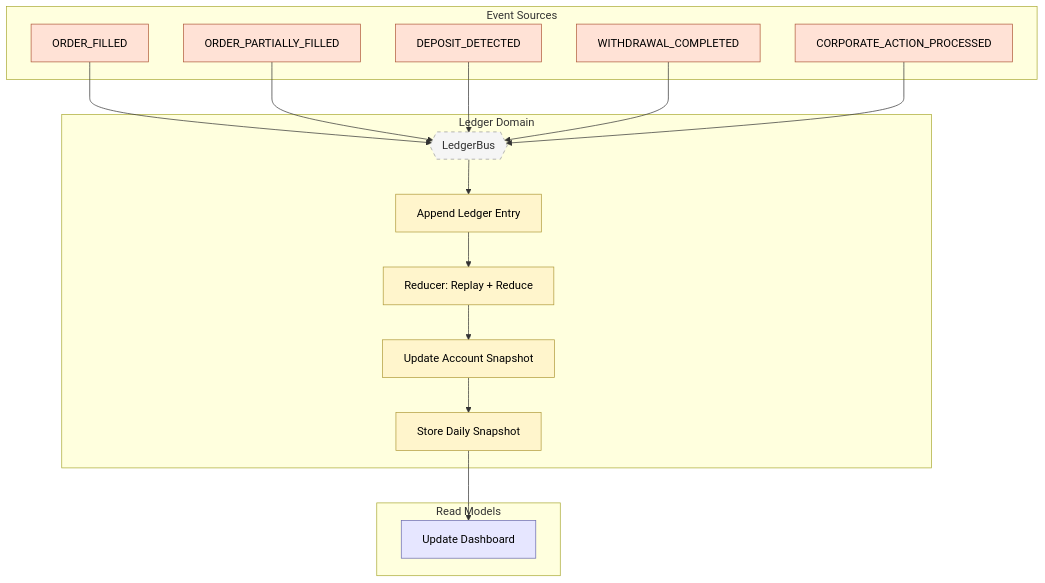
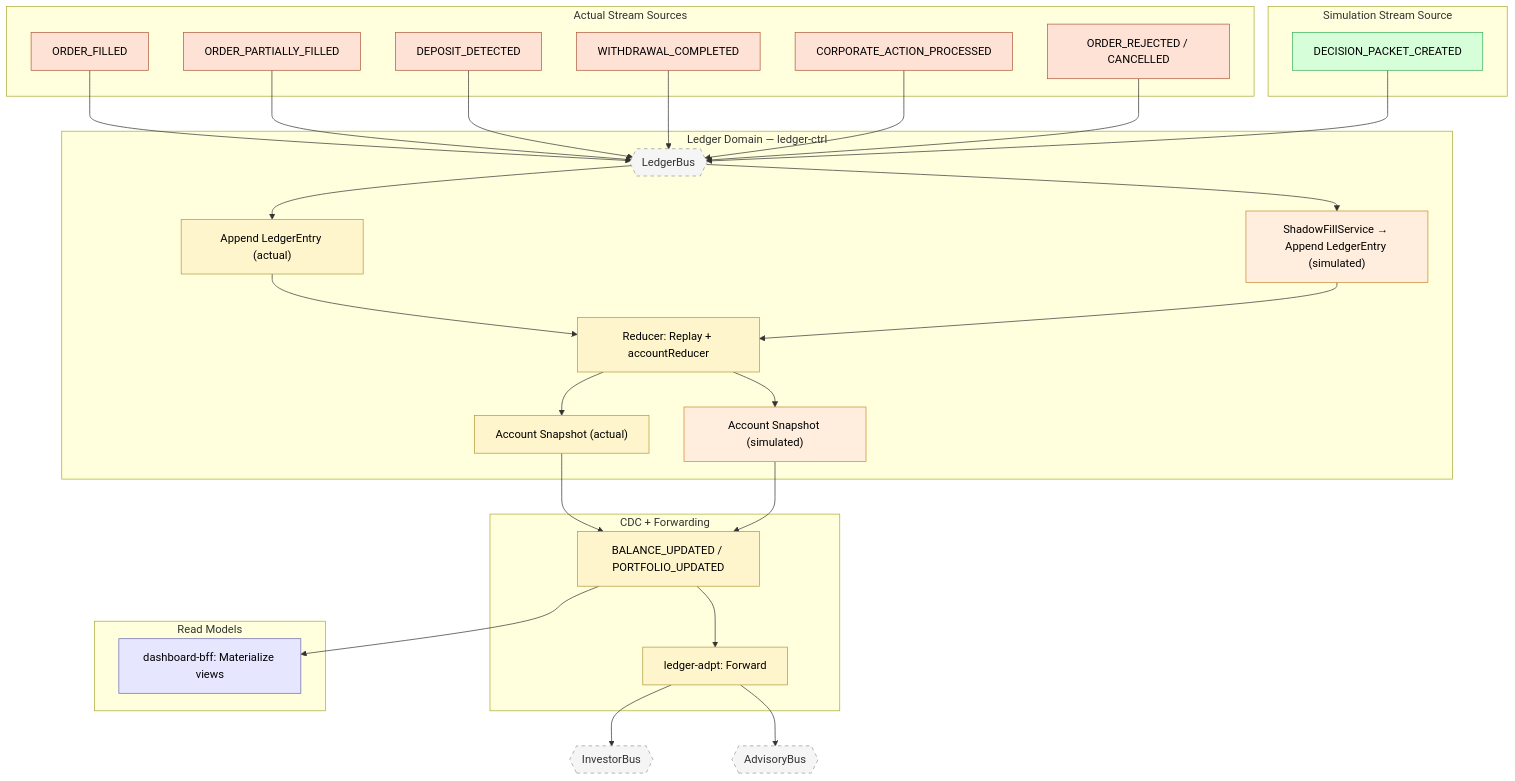
The diagram in docs/data-flows/09-order-ledger.md (fabio-vitali/nestfolio), drawn with Mermaid before and after one commit. The commit also changed other lines of this file and 165 other files, not shown here.

````diff
--- a/docs/data-flows/09-order-ledger.md
+++ b/docs/data-flows/09-order-ledger.md
@@ -9,42 +11,64 @@
 ```mermaid
 flowchart TB
-    subgraph subGraph0["Event Sources"]
+    subgraph subGraph0["Actual Stream Sources"]
         S1["ORDER_FILLED"]
         S2["ORDER_PARTIALLY_FILLED"]
         S3["DEPOSIT_DETECTED"]
         S4["WITHDRAWAL_COMPLETED"]
         S5["CORPORATE_ACTION_PROCESSED"]
+        S6["ORDER_REJECTED / CANCELLED"]
     end
-    subgraph subGraph1["Ledger Domain"]
+    subgraph subGraph0b["Simulation Stream Source"]
+        S7["DECISION_PACKET_CREATED"]
+    end
+    subgraph subGraph1["Ledger Domain — ledger-ctrl"]
         LB{{"LedgerBus"}}
-        A1["Append Ledger Entry"]
-        A2["Reducer: Replay + Reduce"]
-        A3["Update Account Snapshot"]
-        A4["Store Daily Snapshot"]
+        A1["Append LedgerEntry (actual)"]
+        A1b["ShadowFillService → Append LedgerEntry (simulated)"]
+        A2["Reducer: Replay + accountReducer"]
+        A3a["Account Snapshot (actual)"]
+        A3b["Account Snapshot (simulated)"]
     end
-    subgraph subGraph2["Read Models"]
-        B1["Update Dashboard"]
+    subgraph subGraph2["CDC + Forwarding"]
+        CDC["BALANCE_UPDATED / PORTFOLIO_UPDATED"]
+        LA["ledger-adpt: Forward"]
     end
-    S1 & S2 & S3 & S4 & S5 --> LB
+    subgraph subGraph3["Read Models"]
+        B1["dashboard-bff: Materialize views"]
+    end
+    S1 & S2 & S3 & S4 & S5 & S6 --> LB
+    S7 --> LB
     LB --> A1
+    LB --> A1b
     A1 --> A2
-    A2 --> A3
-    A3 --> A4
-    A4 --> B1
+    A1b --> A2
+    A2 --> A3a & A3b
+    A3a & A3b --> CDC
+    CDC --> LA & B1
+    LA --> IB{{"InvestorBus"}} & AB{{"AdvisoryBus"}}
 
     S1:::execution
     S2:::execution
     S3:::execution
     S4:::execution
     S5:::execution
+    S6:::execution
+    S7:::advisory
     LB:::bus
     A1:::ledger
+    A1b:::simulation
     A2:::ledger
-    A3:::ledger
-    A4:::ledger
+    A3a:::ledger
+    A3b:::simulation
+    CDC:::ledger
+    LA:::ledger
     B1:::read
+    IB:::bus
+    AB:::bus
     classDef execution fill:#FFE2D6,stroke:#B05A3A,color:#000
+    classDef advisory fill:#D6FFD9,stroke:#3AB05A,color:#000
     classDef ledger fill:#FFF5CC,stroke:#B09A3A,color:#000
+    classDef simulation fill:#FFEEDD,stroke:#CC8833,color:#000
     classDef read fill:#E6E6FF,stroke:#6A6AB0,color:#000
     classDef bus fill:#F5F5F5,stroke:#999,stroke-dasharray:5 5
 ```
````
